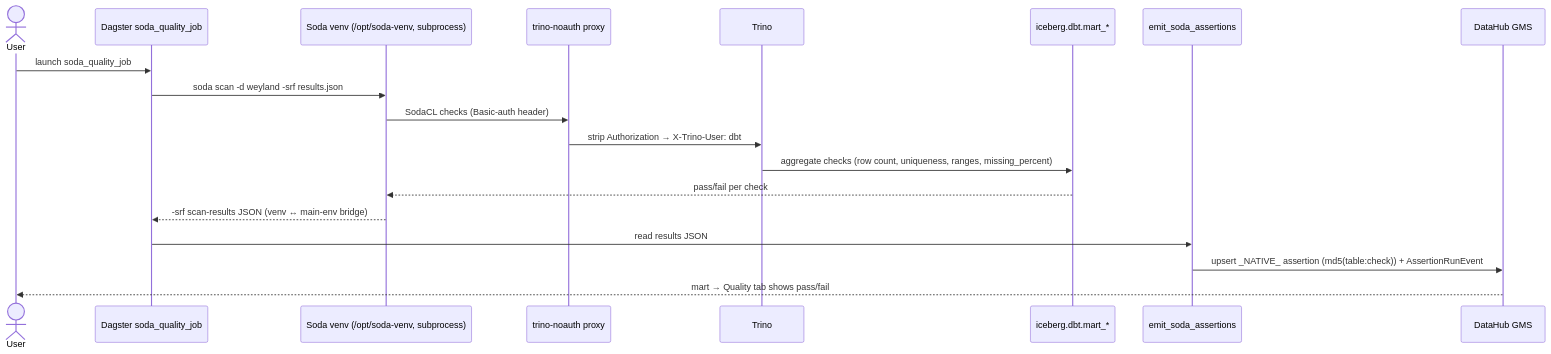
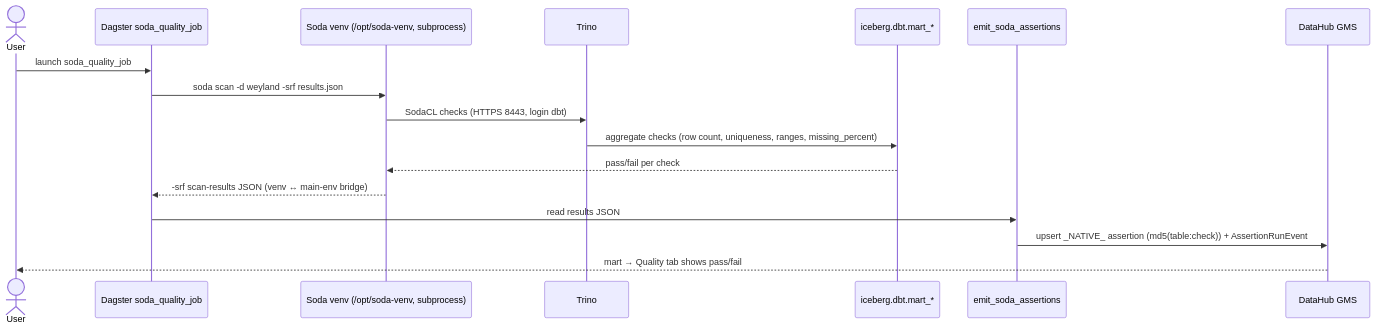
Before and after one commit to edtbl76/weyland-lab: the diagram in docs/diagrams/flow-e2e-soda.md, drawn with Mermaid. The commit also changed other lines of this file and 96 other files, not shown here.

Commit message:
Enforce Trino authentication (B233): require passwords over HTTPS (8443) for all callers. Update scripts, docs, tests, and configs accordingly. Add sealed secrets for required credentials.

````diff
--- a/docs/diagrams/flow-e2e-soda.md
+++ b/docs/diagrams/flow-e2e-soda.md
@@ -17,22 +18,20 @@
 ```mermaid
 sequenceDiagram
     actor User
     participant Dag as Dagster soda_quality_job
     participant Soda as Soda venv (/opt/soda-venv, subprocess)
-    participant Proxy as trino-noauth proxy
     participant Trino as Trino
     participant Marts as iceberg.dbt.mart_*
     participant Emit as emit_soda_assertions
     participant DH as DataHub GMS
 
     User->>Dag: launch soda_quality_job
     Dag->>Soda: soda scan -d weyland -srf results.json
-    Soda->>Proxy: SodaCL checks (Basic-auth header)
-    Proxy->>Trino: strip Authorization → X-Trino-User: dbt
+    Soda->>Trino: SodaCL checks (HTTPS 8443, login dbt)
     Trino->>Marts: aggregate checks (row count, uniqueness, ranges, missing_percent)
     Marts-->>Soda: pass/fail per check
     Soda-->>Dag: -srf scan-results JSON (venv ↔ main-env bridge)
     Dag->>Emit: read results JSON
     Emit->>DH: upsert _NATIVE_ assertion (md5(table:check)) + AssertionRunEvent
     DH-->>User: mart → Quality tab shows pass/fail
 ```
````
